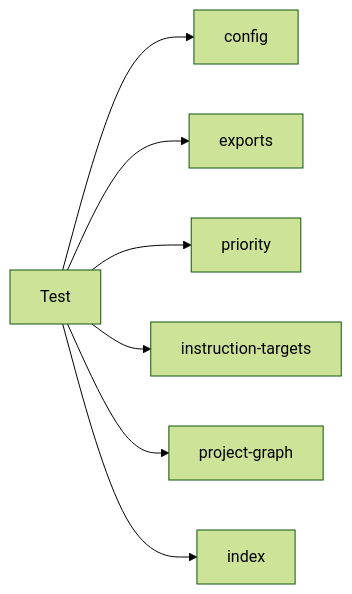
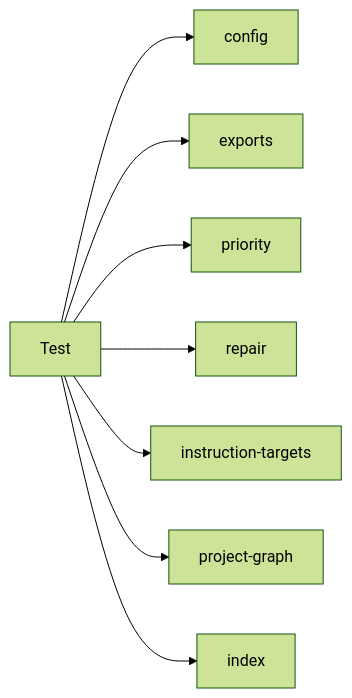
Before and after one commit to hellhellpnick/context-graph: the diagram in .cursor/rules/ctxgraph--test-bundle-p2.mdc, drawn with Mermaid (forest theme). The commit also changed other lines of this file and 274 other files, not shown here.

````diff
--- a/.cursor/rules/ctxgraph--test-bundle-p2.mdc
+++ b/.cursor/rules/ctxgraph--test-bundle-p2.mdc
@@ -20,10 +20,11 @@
 ```mermaid
 graph LR
   Test[Test]
   Test --> config[config]
   Test --> exports[exports]
   Test --> priority[priority]
+  Test --> repair[repair]
   Test --> instruction_targets[instruction-targets]
   Test --> project_graph[project-graph]
   Test --> index[index]
 ```
````
